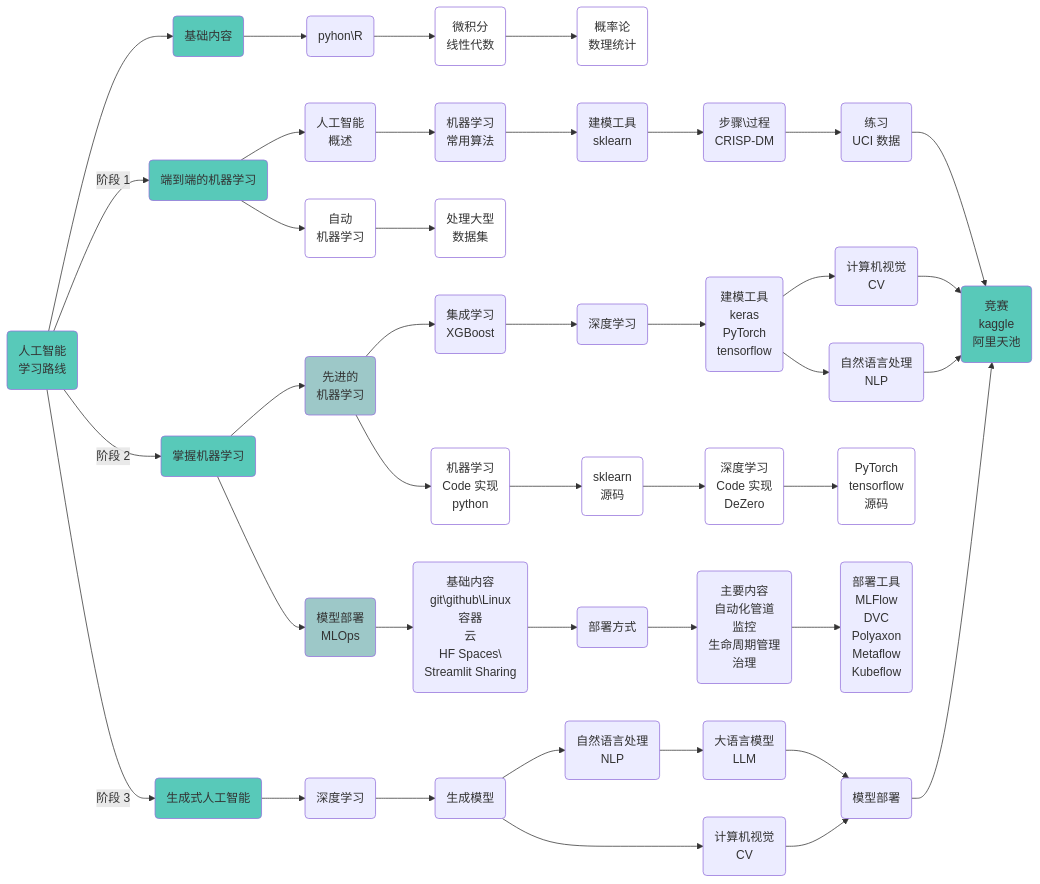
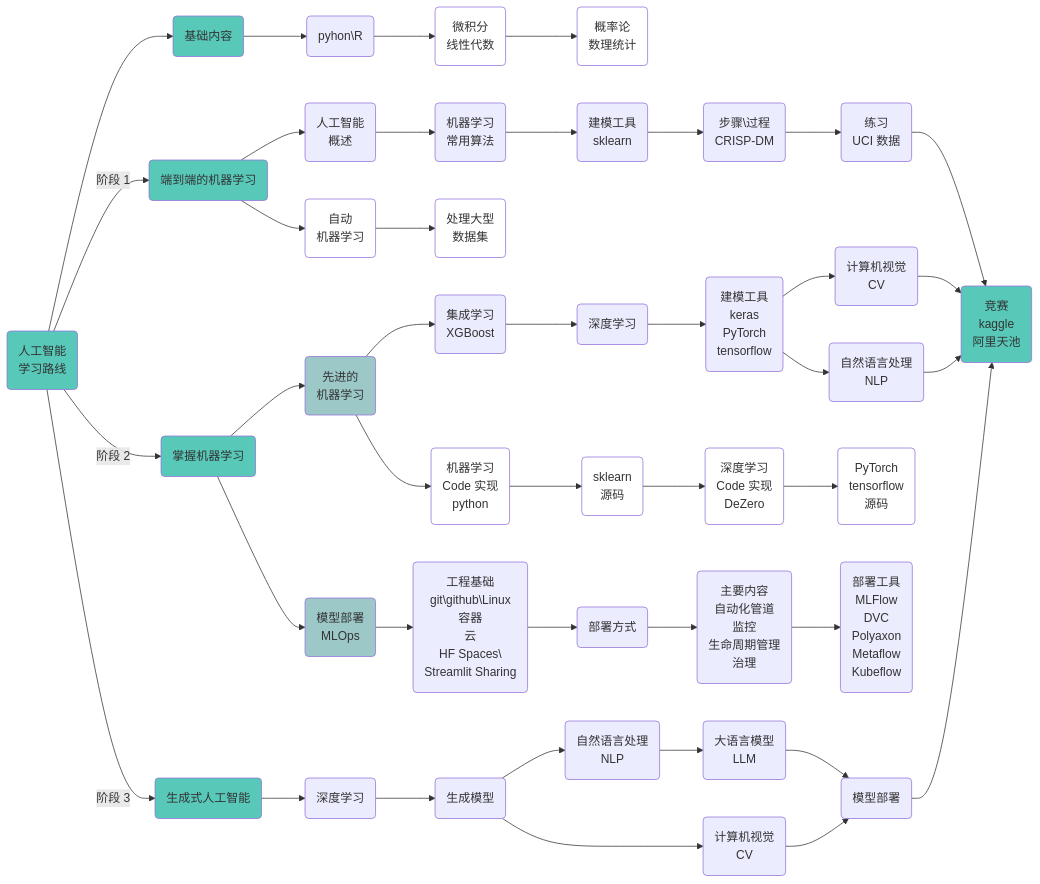
The diagram in content/docs/ai/_index.zh-cn.md (wenwangjain/wenwangjain.github.io), drawn with Mermaid before and after one commit.

````diff
--- a/content/docs/ai/_index.zh-cn.md
+++ b/content/docs/ai/_index.zh-cn.md
@@ -13,39 +13,39 @@
 ```mermaid
 flowchart LR
     A(人工智能<br>学习路线):::someclassA --> B(基础内容):::someclassA 
         classDef someclassA fill:#58C9B9
         classDef someclassB fill:#9DC8C8
         classDef someclassC fill:#f100
         classDef someclassD fill:#a3c9c7
     A -- 阶段 1 --> C(端到端的机器学习):::someclassA
     A -- 阶段 2 --> D(掌握机器学习):::someclassA
     A -- 阶段 3 --> E(生成式人工智能):::someclassA
 
     B --> B1(pyhon\R) --> B2(微积分<br>线性代数):::someclassC --> B3(概率论<br>数理统计):::someclassC 
 
     C --> C1(人工智能<br>概述) --> C2(机器学习<br>常用算法) --> C3(建模工具<br>sklearn) --> C4(步骤\过程<br>CRISP-DM) --> C5(练习<br>UCI 数据) 
           C5 --> Z
     C --> C11(自动<br>机器学习):::someclassC  --> C12(处理大型<br>数据集):::someclassC
 
     D --> D1(先进的<br>机器学习):::someclassB
           D1 --> D11(集成学习<br>XGBoost) --> D111(深度学习) --> D112(建模工具<br>keras<br>PyTorch<br>tensorflow)
                  D112 --> D1121(计算机视觉<br>CV)
                  D112 --> D1122(自然语言处理<br>NLP)
                  D1121 --> Z
                  D1122 --> Z
           D1 --> D12(机器学习<br>Code 实现<br>python):::someclassC --> D121(sklearn<br>源码):::someclassC --> D122(深度学习<br>Code 实现<br>DeZero):::someclassC --> D123(PyTorch<br>tensorflow<br>源码):::someclassC
 
     D --> D2(模型部署<br>MLOps):::someclassB
-          D2 --> D211(基础内容<br>git\github\Linux<br>容器<br>云<br>HF Spaces\<br>Streamlit Sharing) --> D212(部署方式) --> D213(主要内容<br>自动化管道<br>监控<br>生命周期管理<br>治理) --> D214(部署工具<br>MLFlow<br>DVC<br>Polyaxon<br>Metaflow<br>Kubeflow) 
+          D2 --> D211(工程基础<br>git\github\Linux<br>容器<br>云<br>HF Spaces\<br>Streamlit Sharing) --> D212(部署方式) --> D213(主要内容<br>自动化管道<br>监控<br>生命周期管理<br>治理) --> D214(部署工具<br>MLFlow<br>DVC<br>Polyaxon<br>Metaflow<br>Kubeflow) 
 
     E --> E10(深度学习) --> E1(生成模型)
           E1 --> E11(自然语言处理<br>NLP) --> E111(大语言模型<br>LLM)
                  E111 --> E2
           E1 --> E12(计算机视觉<br>CV)
                  E12 --> E2
          
           E2(模型部署) --> Z
 
 
     Z(竞赛<br>kaggle<br>阿里天池):::someclassA
 ```
````
